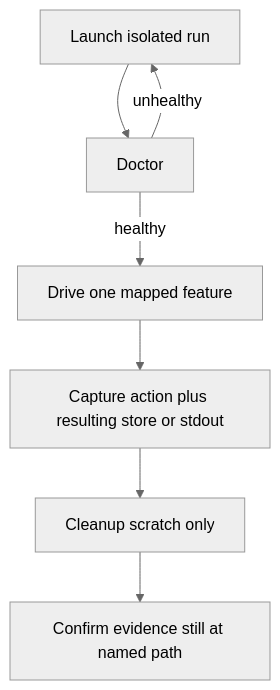
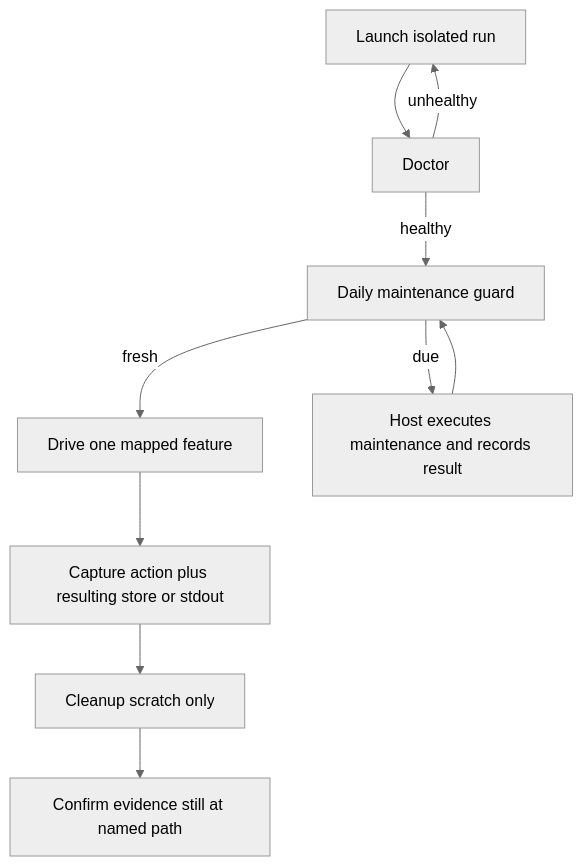
The diagram in packages/workflow-runtime/assets/v4.1/verification/verify-temari/SKILL.md (randydinh/temari), drawn with Mermaid (neutral theme) before and after one commit. The commit also changed other lines of this file and 10 other files, not shown here.

Commit message:
feat(workflow-runtime): port daily verification maintenance

````diff
--- a/packages/workflow-runtime/assets/v4.1/verification/verify-temari/SKILL.md
+++ b/packages/workflow-runtime/assets/v4.1/verification/verify-temari/SKILL.md
@@ -22,9 +22,12 @@
 ```mermaid
 flowchart TD
   A[Launch isolated run] --> B[Doctor]
   B -->|unhealthy| A
-  B -->|healthy| C[Drive one mapped feature]
+  B -->|healthy| G[Daily maintenance guard]
+  G -->|fresh| C[Drive one mapped feature]
+  G -->|due| H[Host executes maintenance and records result]
+  H --> G
   C --> D[Capture action plus resulting store or stdout]
   D --> E[Cleanup scratch only]
   E --> F[Confirm evidence still at named path]
 ```
````
